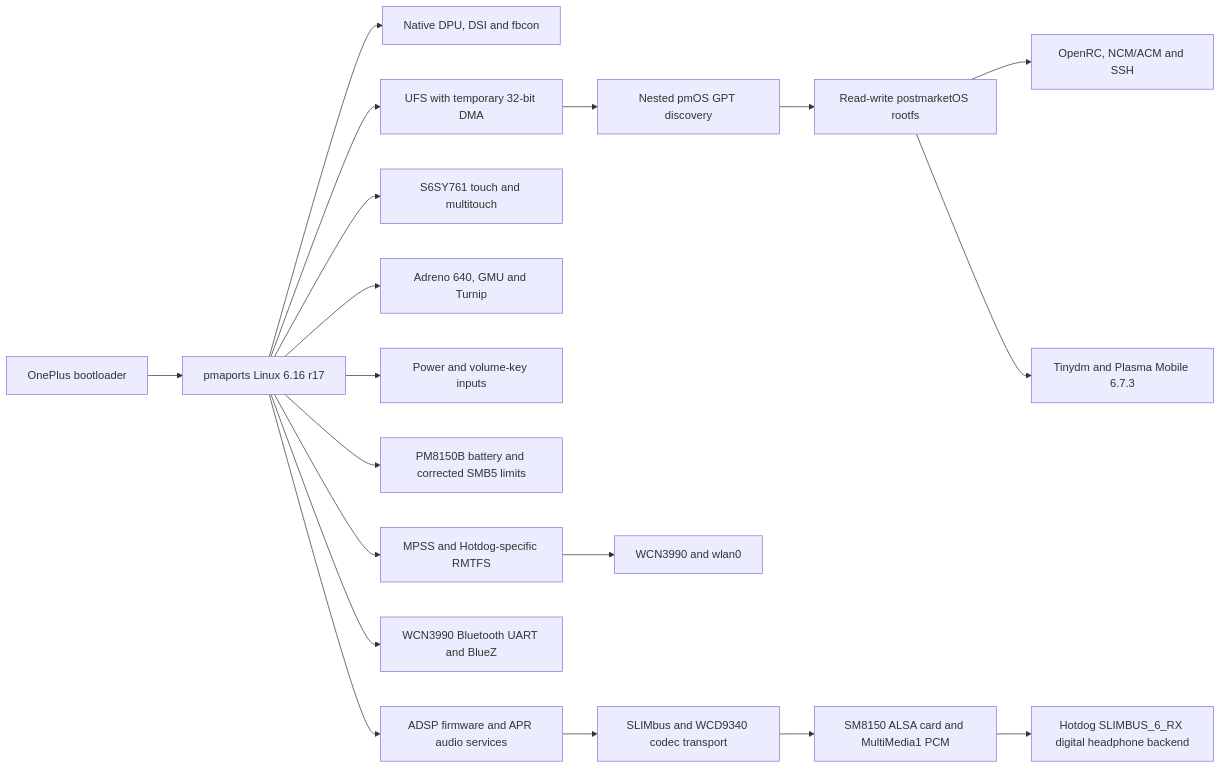
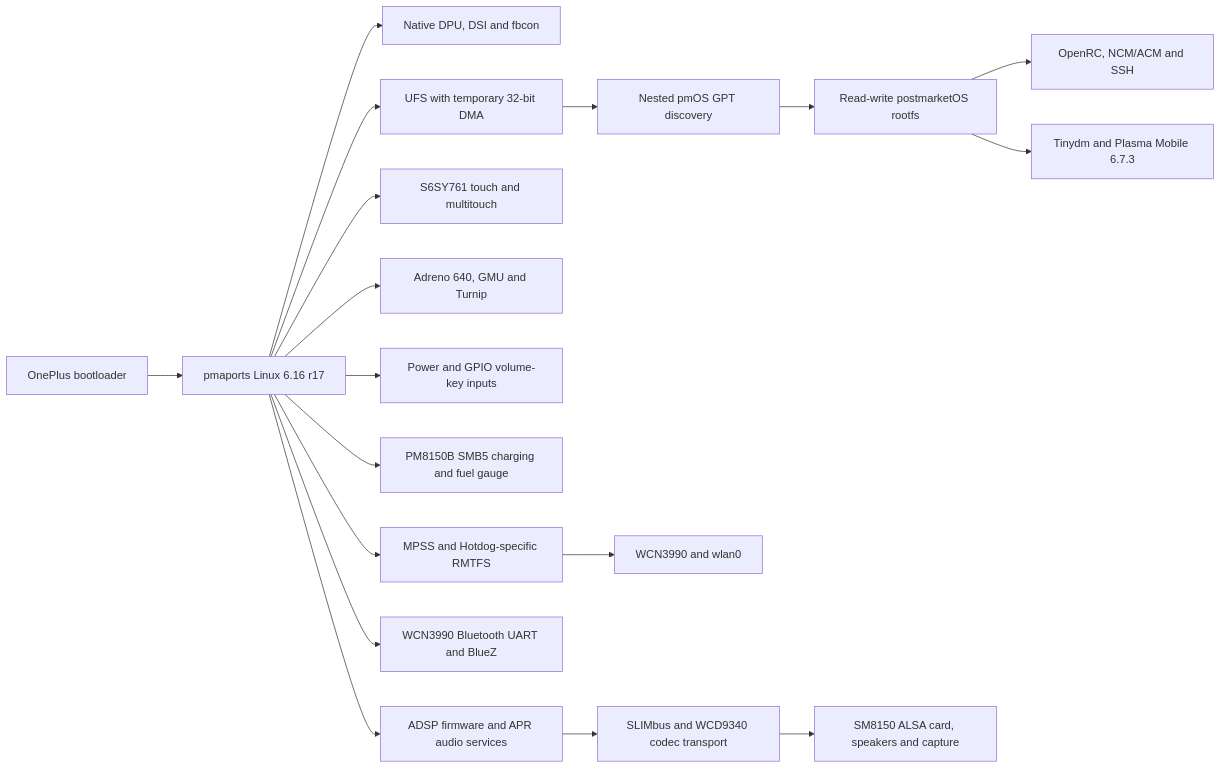
The diagram in README.md (Sr-0w/hotdog-linux-bringup), drawn with Mermaid before and after one commit. The commit also changed other lines of this file, not shown here.

````diff
--- a/README.md
+++ b/README.md
@@ -290,21 +326,20 @@
 ```mermaid
 flowchart LR
     A["OnePlus bootloader"] --> B["pmaports Linux 6.16 r17"]
     B --> C["Native DPU, DSI and fbcon"]
     B --> D["UFS with temporary 32-bit DMA"]
     D --> E["Nested pmOS GPT discovery"]
     E --> F["Read-write postmarketOS rootfs"]
     F --> G["OpenRC, NCM/ACM and SSH"]
     F --> L["Tinydm and Plasma Mobile 6.7.3"]
     B --> H["S6SY761 touch and multitouch"]
     B --> I["Adreno 640, GMU and Turnip"]
-    B --> J["Power and volume-key inputs"]
-    B --> K["PM8150B battery and corrected SMB5 limits"]
+    B --> J["Power and GPIO volume-key inputs"]
+    B --> K["PM8150B SMB5 charging and fuel gauge"]
     B --> M["MPSS and Hotdog-specific RMTFS"]
     M --> N["WCN3990 and wlan0"]
     B --> O["WCN3990 Bluetooth UART and BlueZ"]
     B --> P["ADSP firmware and APR audio services"]
     P --> Q["SLIMbus and WCD9340 codec transport"]
-    Q --> R["SM8150 ALSA card and MultiMedia1 PCM"]
-    R --> S["Hotdog SLIMBUS_6_RX digital headphone backend"]
+    Q --> R["SM8150 ALSA card, speakers and capture"]
 ```
````
